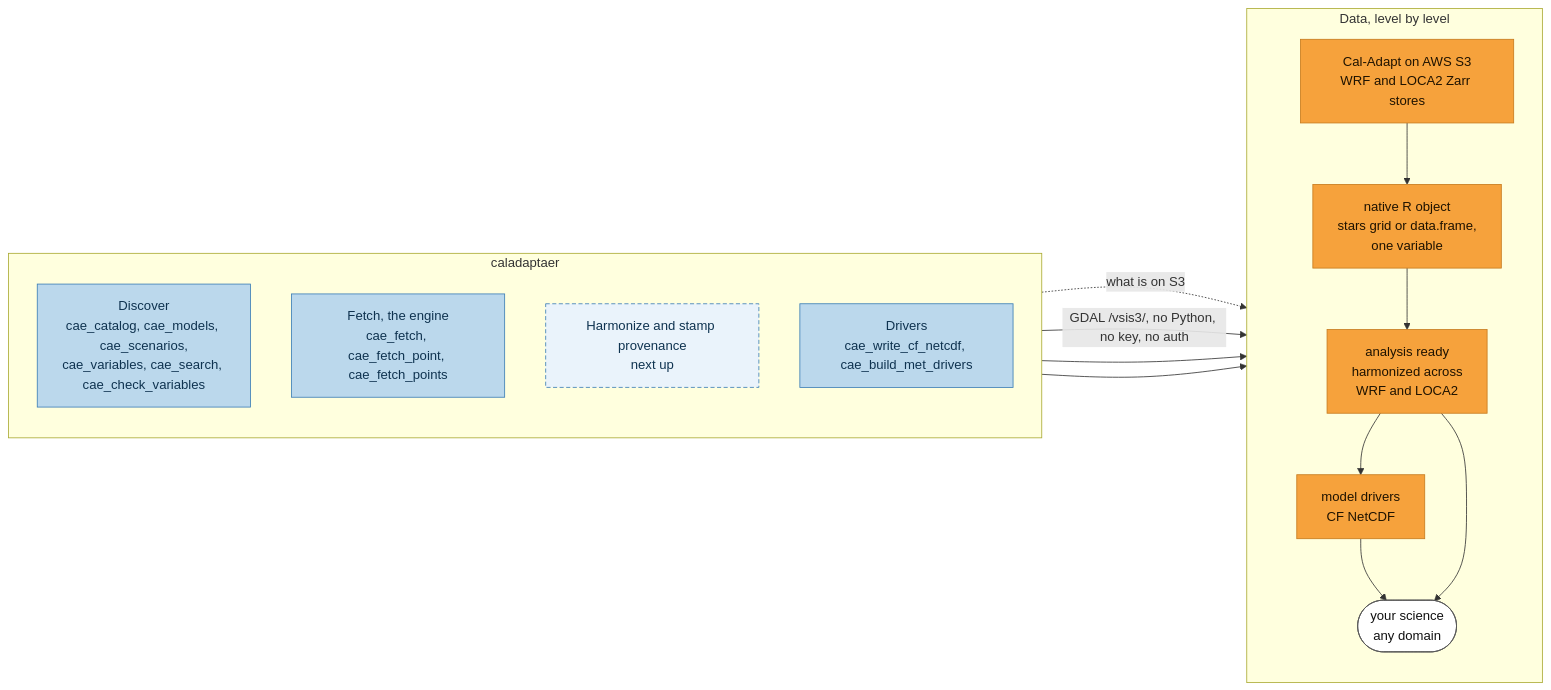
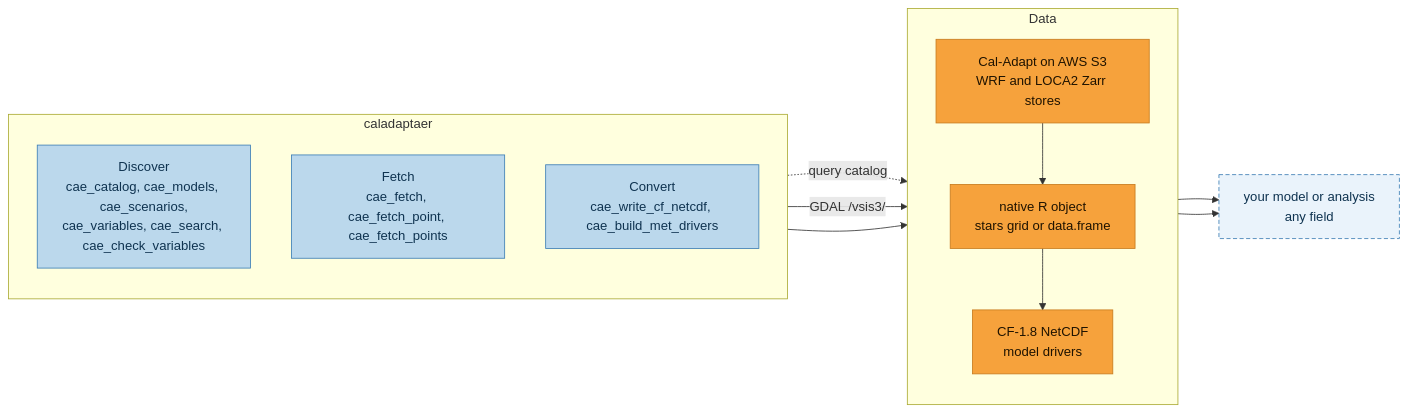
The diagram in index.qmd (lebauerapproach/caladaptaer), drawn with Mermaid before and after one commit. The commit also changed other lines of this file, not shown here.

````diff
--- a/index.qmd
+++ b/index.qmd
@@ -21,33 +19,31 @@
 ```{mermaid}
 %%| echo: false
 %%| fig-align: center
 flowchart LR
   classDef data fill:#F6A23C,stroke:#C77B1E,color:#1f1300,stroke-width:1px;
   classDef fn fill:#BBD8EC,stroke:#3B7DB5,color:#0f3350,stroke-width:1px;
-  classDef next fill:#EAF3FB,stroke:#3B7DB5,color:#0f3350,stroke-width:1px,stroke-dasharray:5 3;
-  classDef goal fill:#ffffff,stroke:#555555,color:#111111,stroke-width:1px;
+  classDef ext fill:#EAF3FB,stroke:#3B7DB5,color:#0f3350,stroke-width:1px,stroke-dasharray:5 3;
 
-  subgraph DATA["Data, level by level"]
+  subgraph DATA["Data"]
     direction TB
     S["Cal-Adapt on AWS S3<br/>WRF and LOCA2 Zarr stores"]:::data
-    R["native R object<br/>stars grid or data.frame,<br/>one variable"]:::data
-    A["analysis ready<br/>harmonized across<br/>WRF and LOCA2"]:::data
-    D["model drivers<br/>CF NetCDF"]:::data
-    G(["your science<br/>any domain"]):::goal
-    S --> R --> A --> D --> G
-    A --> G
+    R["native R object<br/>stars grid or data.frame"]:::data
+    D["CF-1.8 NetCDF<br/>model drivers"]:::data
+    S --> R --> D
   end
 
   subgraph CODE["caladaptaer"]
     direction TB
     DISC["Discover<br/>cae_catalog, cae_models, cae_scenarios,<br/>cae_variables, cae_search, cae_check_variables"]:::fn
-    FETCH["Fetch, the engine<br/>cae_fetch, cae_fetch_point, cae_fetch_points"]:::fn
-    HARM["Harmonize and stamp provenance<br/>next up"]:::next
-    DRV["Drivers<br/>cae_write_cf_netcdf, cae_build_met_drivers"]:::fn
+    FETCH["Fetch<br/>cae_fetch, cae_fetch_point, cae_fetch_points"]:::fn
+    DRV["Convert<br/>cae_write_cf_netcdf, cae_build_met_drivers"]:::fn
   end
 
-  DISC -.->|"what is on S3"| S
-  FETCH -->|"GDAL /vsis3/, no Python, no key, no auth"| R
-  HARM --> A
+  DOWN["your model or analysis<br/>any field"]:::ext
+
+  DISC -.->|"query catalog"| S
+  FETCH -->|"GDAL /vsis3/"| R
   DRV --> D
+  R --> DOWN
+  D --> DOWN
 ```
````
